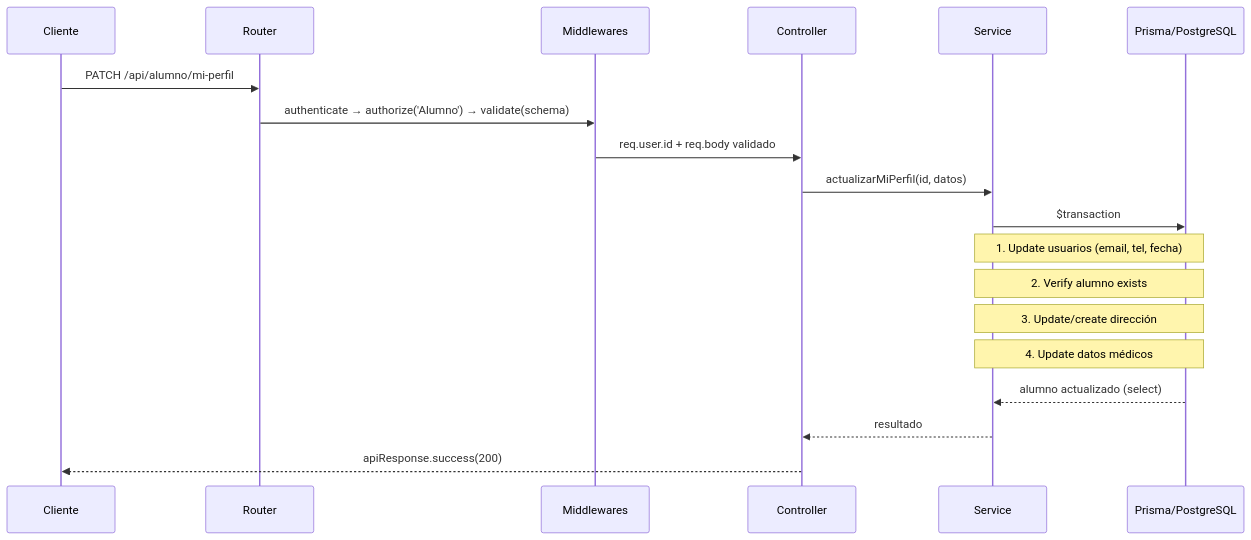
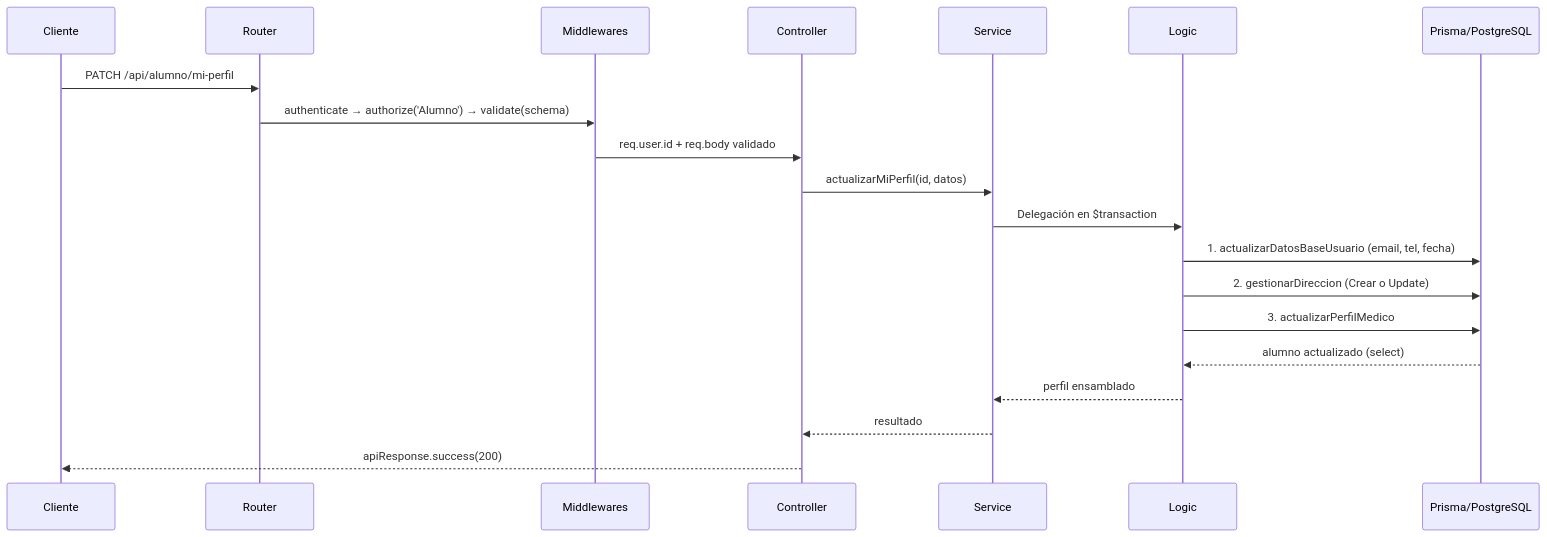
Before and after one commit to Eduardo-VaZu/GemaAcademy-api: the second of 2 diagrams in src/features/alumnos/ALUMNOS.md, drawn with Mermaid. The commit also changed other lines of this file and 3 other files, not shown here.

Commit message:
feat: introduce GemaAcademy API architectural guide and implement initial 'alumnos' feature with service and logic files.

````diff
--- a/src/features/alumnos/ALUMNOS.md
+++ b/src/features/alumnos/ALUMNOS.md
@@ -56,22 +58,23 @@
 ```mermaid
 sequenceDiagram
     participant C as Cliente
     participant R as Router
     participant M as Middlewares
     participant Ctrl as Controller
     participant S as Service
+    participant L as Logic
     participant DB as Prisma/PostgreSQL
 
     C->>R: PATCH /api/alumno/mi-perfil
     R->>M: authenticate → authorize('Alumno') → validate(schema)
     M->>Ctrl: req.user.id + req.body validado
     Ctrl->>S: actualizarMiPerfil(id, datos)
-    S->>DB: $transaction
-    Note over S,DB: 1. Update usuarios (email, tel, fecha)
-    Note over S,DB: 2. Verify alumno exists
-    Note over S,DB: 3. Update/create dirección
-    Note over S,DB: 4. Update datos médicos
-    DB-->>S: alumno actualizado (select)
+    S->>L: Delegación en $transaction
+    L->>DB: 1. actualizarDatosBaseUsuario (email, tel, fecha)
+    L->>DB: 2. gestionarDireccion (Crear o Update)
+    L->>DB: 3. actualizarPerfilMedico
+    DB-->>L: alumno actualizado (select)
+    L-->>S: perfil ensamblado
     S-->>Ctrl: resultado
     Ctrl-->>C: apiResponse.success(200)
 ```
````
